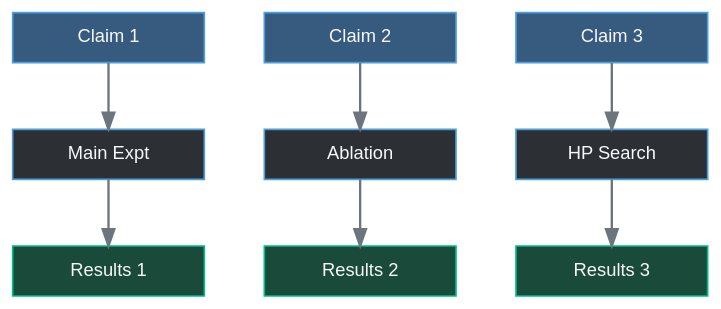
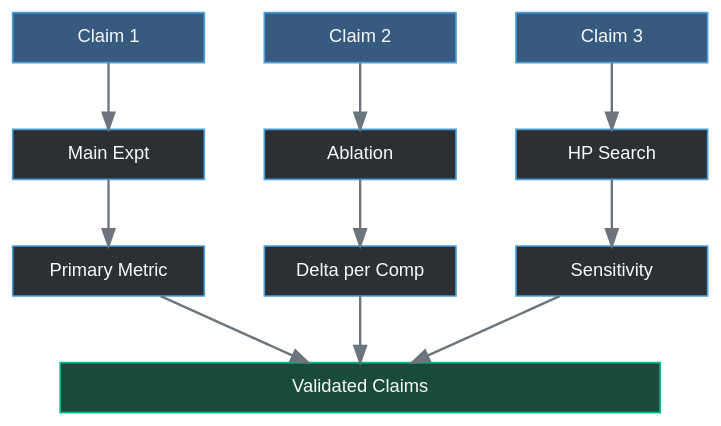
One commit to HongyuCao3/Pytorch-lightining-Hydra-Optuna-MLflow-Slurm-Project-Tempate-for-Scientific-Research changed the diagram in docs/experiments/overview.qmd. Above: the diagram before and after it, drawn with Graphviz. The commit also changed other lines of this file and 3 other files, not shown here.

````diff
--- a/docs/experiments/overview.qmd
+++ b/docs/experiments/overview.qmd
@@ -11,37 +19,42 @@
 ```{dot}
 //| label: fig-exp-design
-//| fig-cap: "Experiment suite: claim coverage"
+//| fig-cap: "Validation strategy: claims → experiments → metrics → confirmed claims"
 //| fig-width: 7
 //| fig-height: 3.5
 digraph G {
   bgcolor="transparent"
   rankdir=TB
   graph [ranksep=0.55, nodesep=0.5]
   node [style=filled, fillcolor="#2c3035", color="#4a9eda",
         fontcolor="#f8f9fa", fontname="Arial", fontsize=11,
         shape=box, width=1.6, height=0.42]
   edge [color="#6c757d", penwidth=1.4]
 
   subgraph row1 {
     rank=same
     C1 [label="Claim 1", fillcolor="#375a7f"]
     C2 [label="Claim 2", fillcolor="#375a7f"]
     C3 [label="Claim 3", fillcolor="#375a7f"]
   }
   subgraph row2 {
     rank=same
     Main [label="Main Expt"]
     Abl  [label="Ablation"]
     HP   [label="HP Search"]
   }
   subgraph row3 {
     rank=same
-    R1 [label="Results 1", fillcolor="#1a4a3a", color="#00bc8c"]
-    R2 [label="Results 2", fillcolor="#1a4a3a", color="#00bc8c"]
-    R3 [label="Results 3", fillcolor="#1a4a3a", color="#00bc8c"]
+    M1 [label="Primary Metric"]
+    M2 [label="Delta per Comp"]
+    M3 [label="Sensitivity"]
+  }
+  subgraph row4 {
+    rank=same
+    Out [label="Validated Claims", fillcolor="#1a4a3a", color="#00bc8c", width=5.0]
   }
 
   C1 -> Main  C2 -> Abl  C3 -> HP
-  Main -> R1  Abl -> R2  HP -> R3
+  Main -> M1  Abl -> M2  HP -> M3
+  M1 -> Out  M2 -> Out  M3 -> Out
 }
 ```
````
